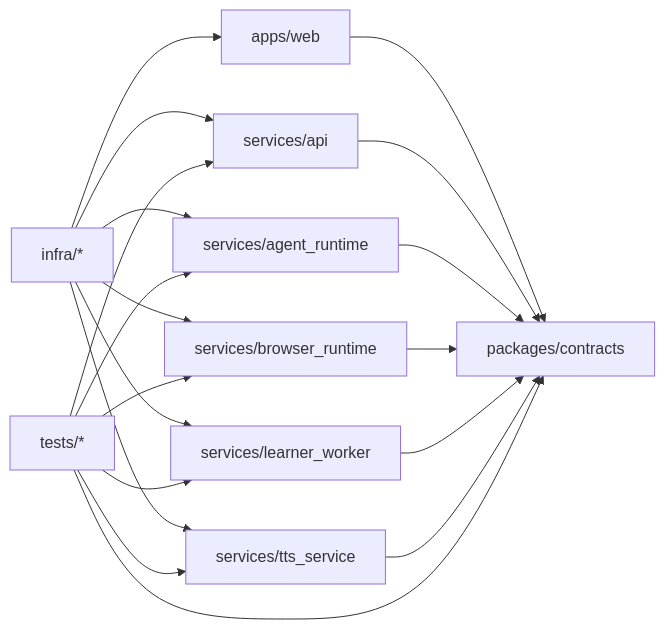
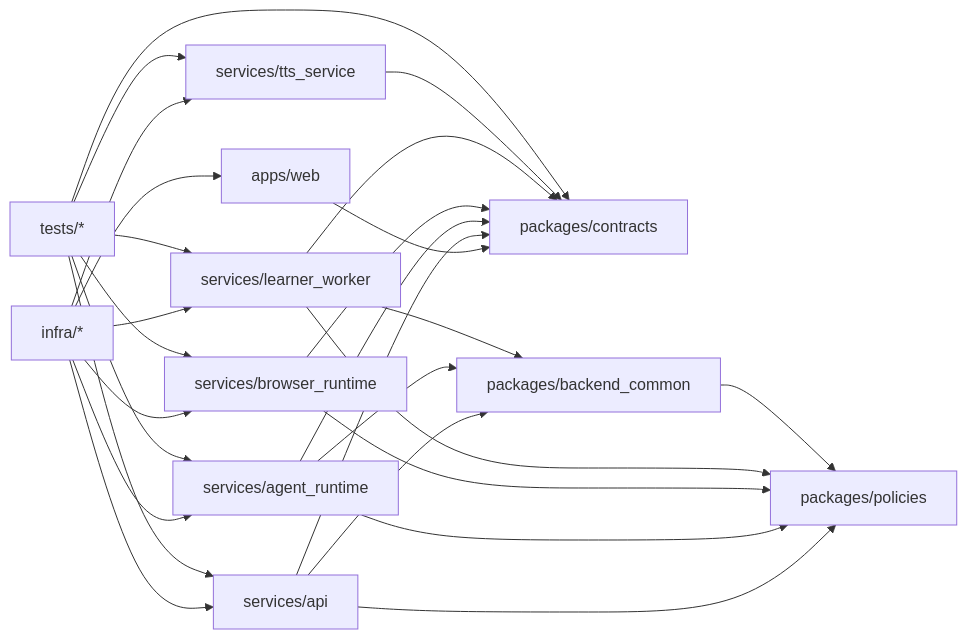
The third of 23 diagrams in README.md (roshaninfordham/personalised-demo-ai-agent), drawn with Mermaid before and after one commit. The commit also changed other lines of this file and 12 other files, not shown here.

````diff
--- a/README.md
+++ b/README.md
@@ -85,31 +124,41 @@
 ```mermaid
 flowchart LR
     Contracts["packages/contracts"]
+    Policies["packages/policies"]
+    BackendCommon["packages/backend_common"]
     Web["apps/web"]
     API["services/api"]
     Agent["services/agent_runtime"]
     Browser["services/browser_runtime"]
     Learner["services/learner_worker"]
     TTS["services/tts_service"]
     Infra["infra/*"]
     Tests["tests/*"]
 
     Web --> Contracts
     API --> Contracts
     Agent --> Contracts
     Browser --> Contracts
     Learner --> Contracts
     TTS --> Contracts
+    API --> Policies
+    Agent --> Policies
+    Browser --> Policies
+    Learner --> Policies
+    API --> BackendCommon
+    Agent --> BackendCommon
+    Learner --> BackendCommon
+    BackendCommon --> Policies
     Infra --> Web
     Infra --> API
     Infra --> Agent
     Infra --> Browser
     Infra --> Learner
     Infra --> TTS
     Tests --> Contracts
     Tests --> API
     Tests --> Agent
     Tests --> Browser
     Tests --> Learner
     Tests --> TTS
 ```
````
